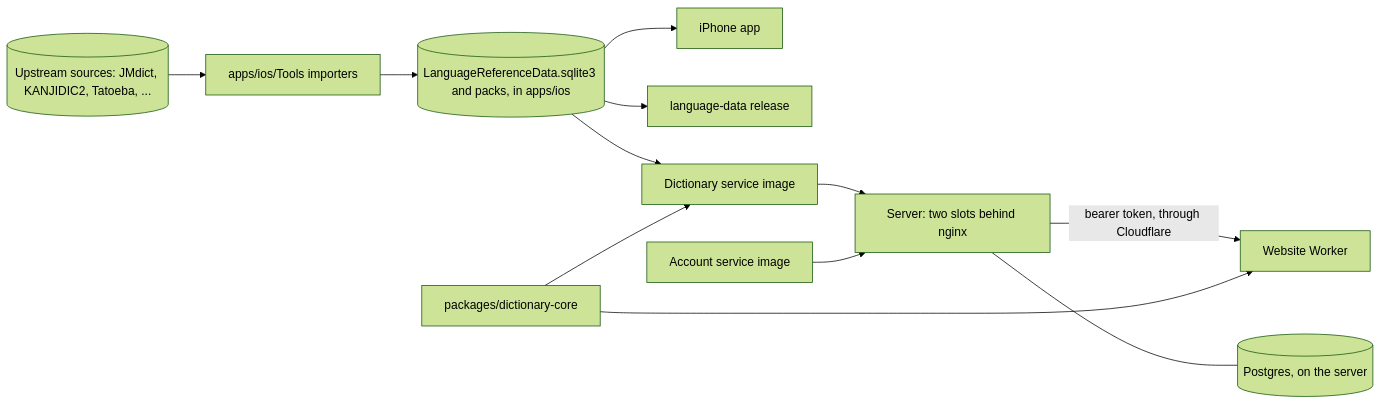
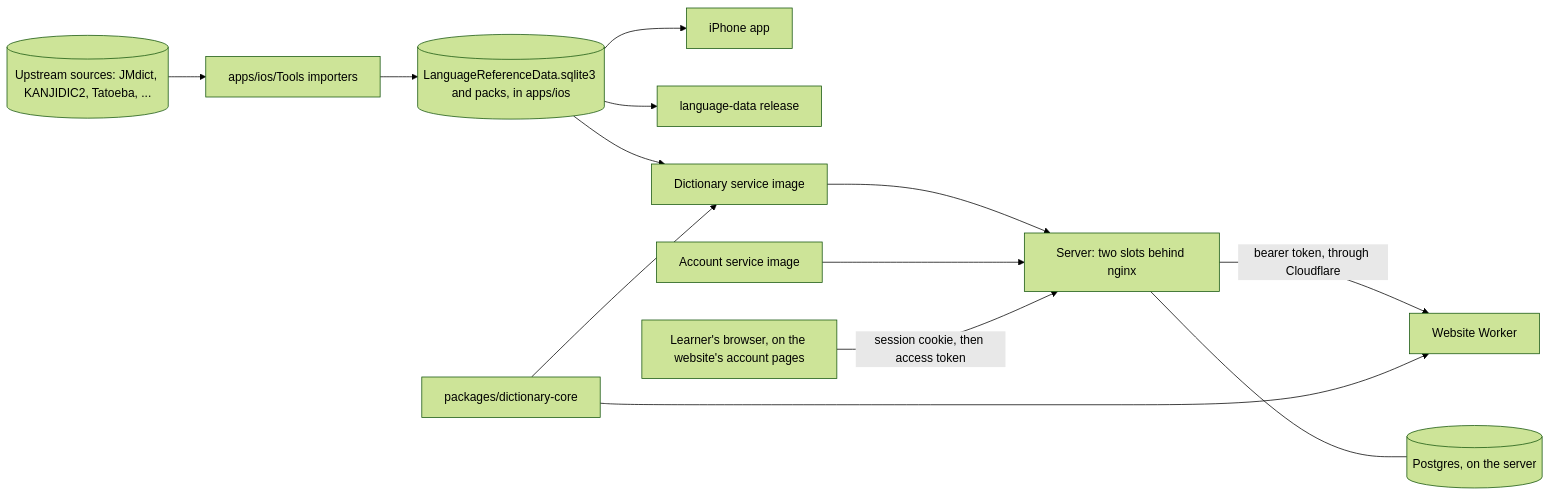
Before and after one commit to serpcompany/zenbujapanese-monorepo: the diagram in ARCHITECTURE.md, drawn with Mermaid (forest theme). The commit also changed other lines of this file and 53 other files, not shown here.

First line of the commit message:
Add the account pages: sign in, register, no password, and the account

````diff
--- a/ARCHITECTURE.md
+++ b/ARCHITECTURE.md
@@ -22,14 +22,15 @@
 ```mermaid
 flowchart LR
     Sources[("Upstream sources: JMdict, KANJIDIC2, Tatoeba, ...")] --> Tools["apps/ios/Tools importers"]
     Tools --> Data[("LanguageReferenceData.sqlite3 and packs, in apps/ios")]
     Data --> App["iPhone app"]
     Data --> Release["language-data release"]
     Data --> Image["Dictionary service image"]
     Core["packages/dictionary-core"] --> Image
     Image --> Server["Server: two slots behind nginx"]
     Server -->|"bearer token, through Cloudflare"| Site["Website Worker"]
     Core --> Site
     Accounts["Account service image"] --> Server
     Server --- Postgres[("Postgres, on the server")]
+    Browser["Learner's browser, on the website's account pages"] -->|"session cookie, then access token"| Server
 ```
````
